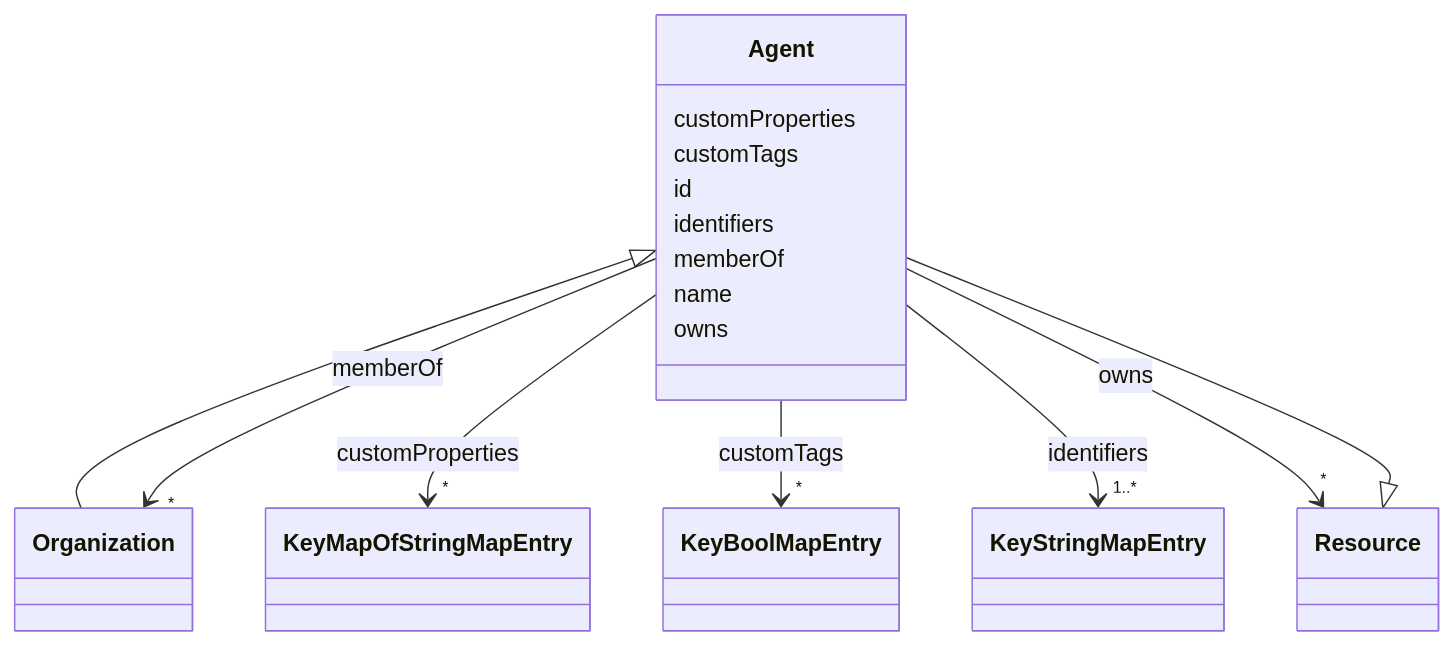
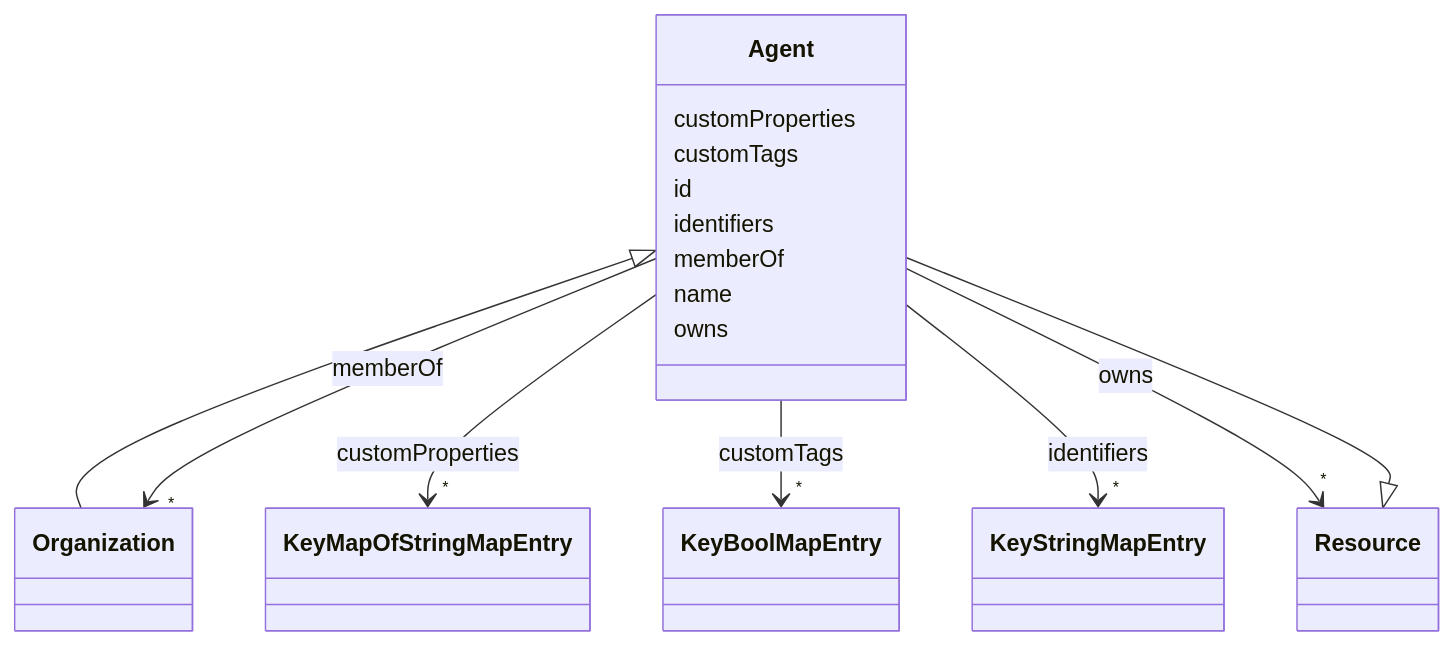
One commit to takashikasuya/smartbuiding_ontology changed the diagram in docs/Agent.md. Above: the diagram before and after it, drawn with Mermaid. The commit also changed other lines of this file and 89 other files, not shown here.

````diff
--- a/docs/Agent.md
+++ b/docs/Agent.md
@@ -18,73 +18,73 @@
 ```mermaid
  classDiagram
     class Agent
     click Agent href "../Agent/"
       Resource <|-- Agent
         click Resource href "../Resource/"
       
 
       Agent <|-- Organization
         click Organization href "../Organization/"
       
 
       Agent : customProperties
         
           
     
         
         
         Agent --> "*" KeyMapOfStringMapEntry : customProperties
         click KeyMapOfStringMapEntry href "../KeyMapOfStringMapEntry/"
     
 
         
       Agent : customTags
         
           
     
         
         
         Agent --> "*" KeyBoolMapEntry : customTags
         click KeyBoolMapEntry href "../KeyBoolMapEntry/"
     
 
         
       Agent : id
         
       Agent : identifiers
         
           
     
         
         
-        Agent --> "1..*" KeyStringMapEntry : identifiers
+        Agent --> "*" KeyStringMapEntry : identifiers
         click KeyStringMapEntry href "../KeyStringMapEntry/"
     
 
         
       Agent : memberOf
         
           
     
         
         
         Agent --> "*" Organization : memberOf
         click Organization href "../Organization/"
     
 
         
       Agent : name
         
       Agent : owns
         
           
     
         
         
         Agent --> "*" Resource : owns
         click Resource href "../Resource/"
     
 
         
       
 ```
````
